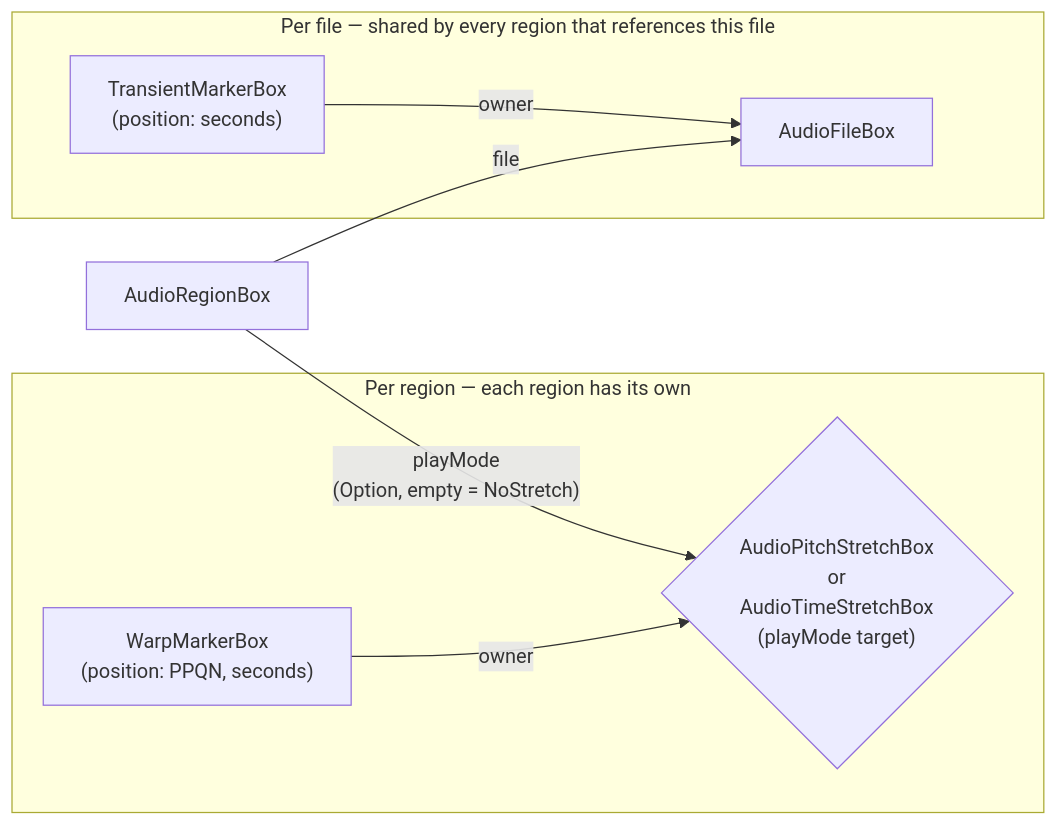
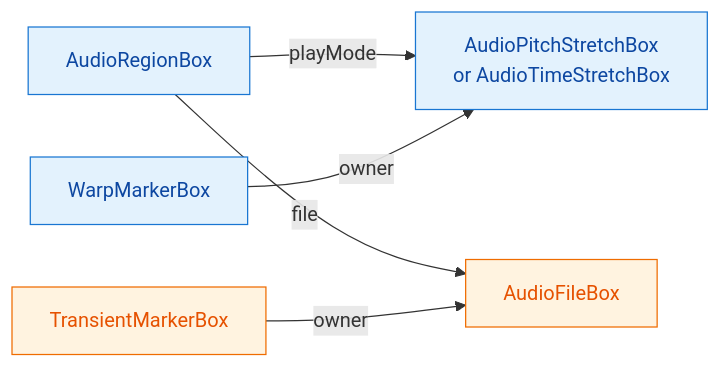
Before and after one commit to naomiaro/opendaw-test: the diagram in documentation/18-time-and-pitch.md, drawn with Mermaid. The commit also changed other lines of this file, not shown here.

Commit message:
docs(time-pitch): fix mermaid diagram overlaps
Replaced subgraph-based layout with class-based color coding (blue =
per-region, orange = per-file). The subgraph version had three sequential
issues caught via Playwright visual review:

1. v1 (diamond shape + multi-line labels): text clipped at the bottom of
   every multi-line node; the diamond ballooned trying to fit prose.
2. v2 (rectangles + single-line, region inside subgraph): "Per region"
   subgraph title was crossed by the cross-subgraph "file" edge.
3. v3 (region outside both subgraphs): "file" edge label collided with
   the "Per file" subgraph title at the entry point.

Final version drops subgraphs entirely and uses `classDef` to color-code
scope. Edges route cleanly with no overlaps. Verified clean at desktop,
mobile (375px), and in VitePress dark mode.

````diff
--- a/documentation/18-time-and-pitch.md
+++ b/documentation/18-time-and-pitch.md
@@ -61,23 +61,18 @@
 ```mermaid
 graph LR
     Region["AudioRegionBox"]
+    Stretch["AudioPitchStretchBox<br/>or AudioTimeStretchBox"]
+    WM["WarpMarkerBox"]
     File["AudioFileBox"]
-    Stretch{"AudioPitchStretchBox<br/>or<br/>AudioTimeStretchBox<br/>(playMode target)"}
-    WM["WarpMarkerBox<br/>(position: PPQN, seconds)"]
-    TM["TransientMarkerBox<br/>(position: seconds)"]
+    TM["TransientMarkerBox"]
 
-    Region -- "playMode<br/>(Option, empty = NoStretch)" --> Stretch
+    Region -- "playMode" --> Stretch
     Region -- "file" --> File
     WM -- "owner" --> Stretch
     TM -- "owner" --> File
 
-    subgraph perRegion ["Per region — each region has its own"]
-      Stretch
-      WM
-    end
-
-    subgraph perFile ["Per file — shared by every region that references this file"]
-      File
-      TM
-    end
+    classDef perRegion fill:#e3f2fd,stroke:#1976d2,color:#0d47a1
+    classDef perFile fill:#fff3e0,stroke:#ef6c00,color:#e65100
+    class Region,Stretch,WM perRegion
+    class File,TM perFile
 ```
````
